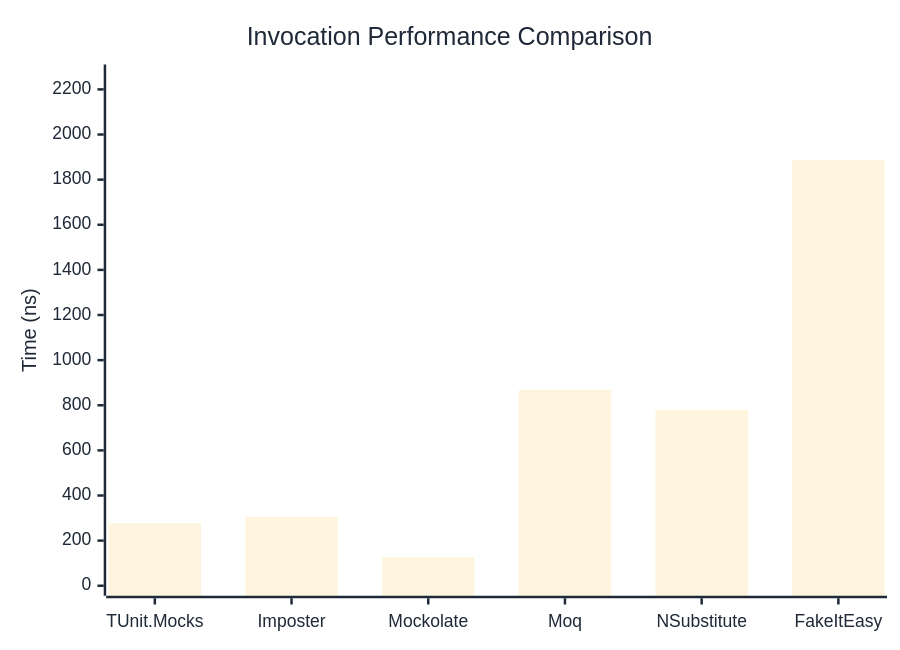
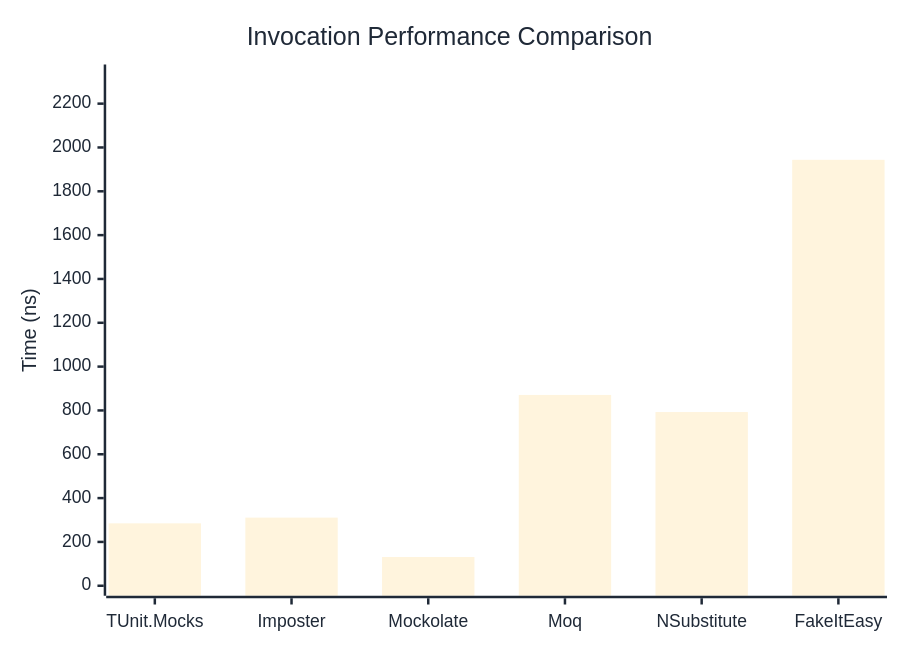
The first of 3 diagrams in docs/docs/benchmarks/mocks/Invocation.md (thomhurst/TUnit), drawn with Mermaid before and after one commit. The commit also changed other lines of this file and 14 other files, not shown here.

````diff
--- a/docs/docs/benchmarks/mocks/Invocation.md
+++ b/docs/docs/benchmarks/mocks/Invocation.md
@@ -30,27 +30,27 @@
 ```mermaid
 %%{init: {
   'theme':'base',
   'themeVariables': {
     'primaryColor': '#2563eb',
     'primaryTextColor': '#1f2937',
     'primaryBorderColor': '#1e40af',
     'lineColor': '#6b7280',
     'secondaryColor': '#7c3aed',
     'tertiaryColor': '#dc2626',
     'background': '#ffffff',
     'pie1': '#2563eb',
     'pie2': '#7c3aed',
     'pie3': '#dc2626',
     'pie4': '#f59e0b',
     'pie5': '#10b981',
     'pie6': '#06b6d4',
     'pie7': '#ec4899',
     'pie8': '#6366f1'
   }
 }}%%
 xychart-beta
   title "Invocation Performance Comparison"
   x-axis ["TUnit.Mocks", "Imposter", "Mockolate", "Moq", "NSubstitute", "FakeItEasy"]
-  y-axis "Time (ns)" 0 --> 2266
-  bar [277, 305.8, 126.6, 868.6, 779.1, 1887.8]
+  y-axis "Time (ns)" 0 --> 2333
+  bar [284.8, 310.9, 131.1, 870.8, 792.7, 1943.6]
 ```
````
